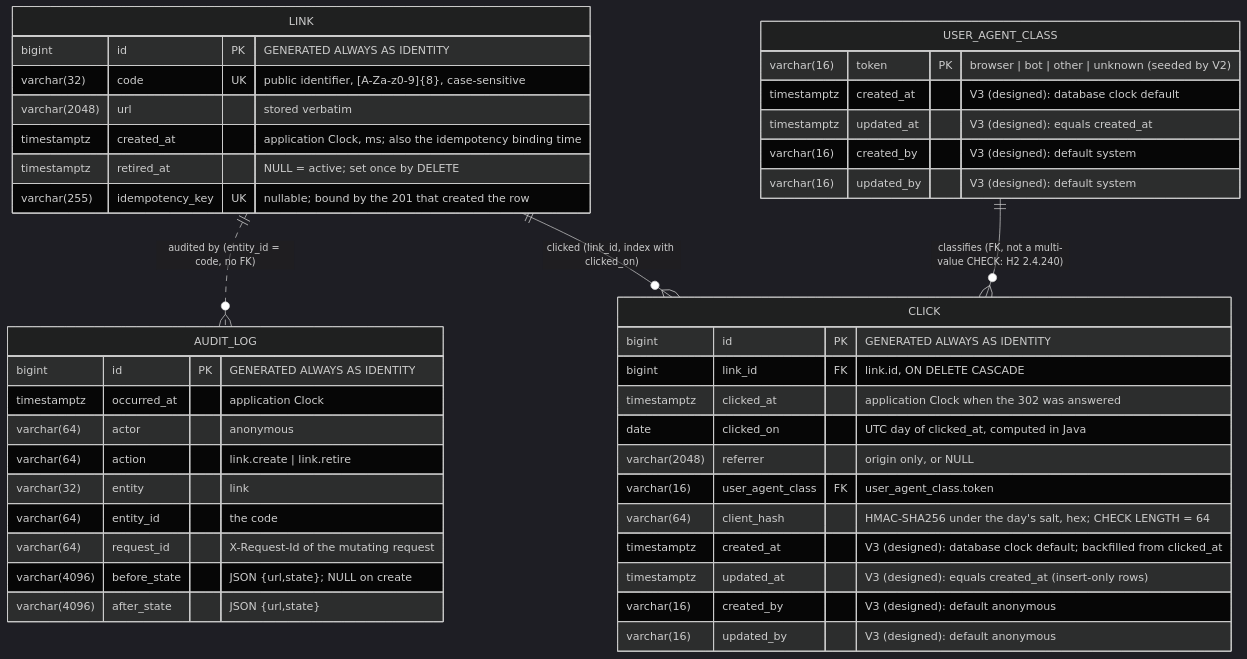
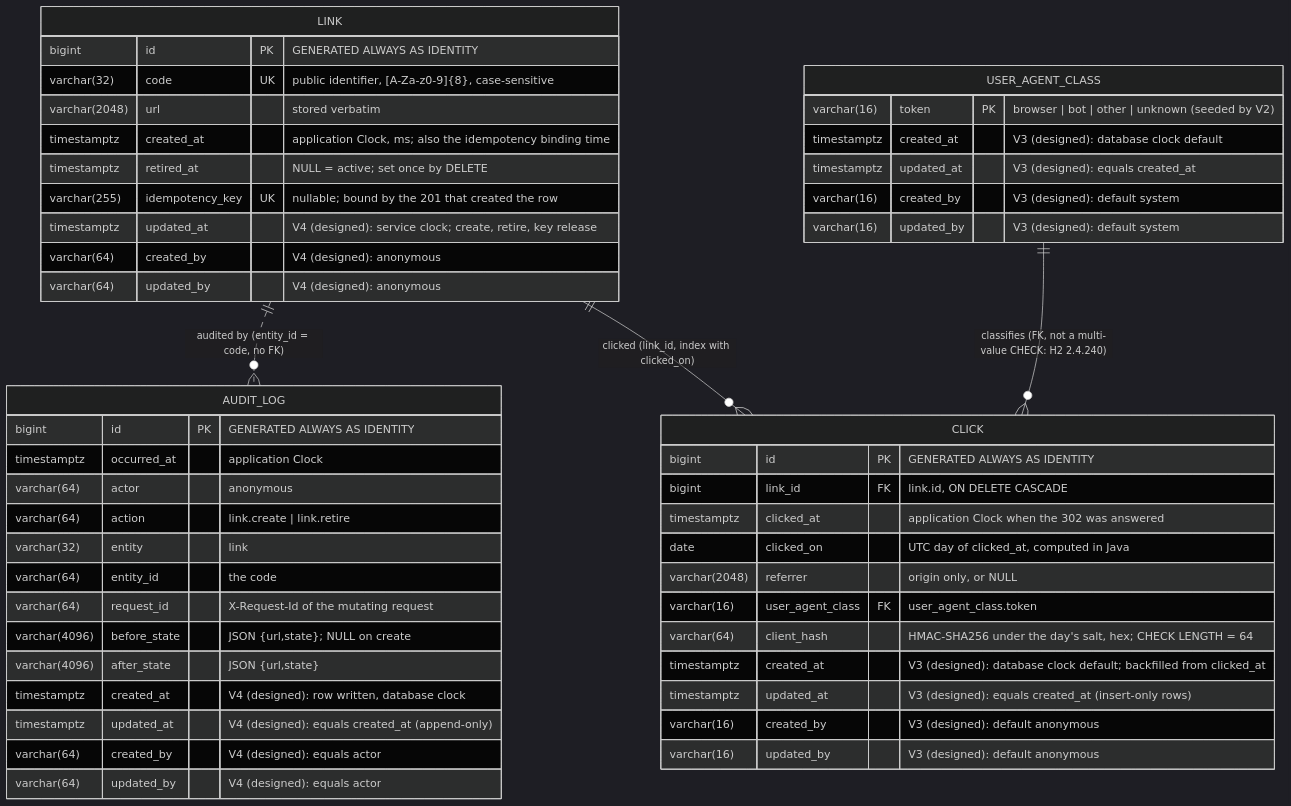
One commit to aurbanow1/url-shortener-agentic-sdlc changed the diagram in docs/diagrams/erd.mmd. Above: the diagram before and after it, drawn with Mermaid (dark theme). The commit also changed 3 other files, not shown here.

First line of the commit message:
docs(04-audit-columns): design of the link and audit_log audit columns

```diff
--- a/docs/diagrams/erd.mmd
+++ b/docs/diagrams/erd.mmd
@@ -1,46 +1,53 @@
-%% urlshort — entity relationship diagram (kept current by the Design Agent; last: 02-click-retention design, V3 audit columns, not yet merged)
+%% urlshort — entity relationship diagram (kept current by the Design Agent; last: 04-audit-columns design, V3 and V4 audit columns, not yet merged)
 %% No foreign key between link and audit_log by design: audit_log identifies its subject by (entity, entity_id = code)
 %% and must outlive any future deletion of the subject (ADR-0008). click references link by id and goes with it (ADR-0013).
 erDiagram
     LINK {
         bigint id PK "GENERATED ALWAYS AS IDENTITY"
         varchar(32) code UK "public identifier, [A-Za-z0-9]{8}, case-sensitive"
         varchar(2048) url "stored verbatim"
         timestamptz created_at "application Clock, ms; also the idempotency binding time"
         timestamptz retired_at "NULL = active; set once by DELETE"
         varchar(255) idempotency_key UK "nullable; bound by the 201 that created the row"
+        timestamptz updated_at "V4 (designed): service clock; create, retire, key release"
+        varchar(64) created_by "V4 (designed): anonymous"
+        varchar(64) updated_by "V4 (designed): anonymous"
     }
     AUDIT_LOG {
         bigint id PK "GENERATED ALWAYS AS IDENTITY"
         timestamptz occurred_at "application Clock"
         varchar(64) actor "anonymous"
         varchar(64) action "link.create | link.retire"
         varchar(32) entity "link"
         varchar(64) entity_id "the code"
         varchar(64) request_id "X-Request-Id of the mutating request"
         varchar(4096) before_state "JSON {url,state}; NULL on create"
         varchar(4096) after_state "JSON {url,state}"
+        timestamptz created_at "V4 (designed): row written, database clock"
+        timestamptz updated_at "V4 (designed): equals created_at (append-only)"
+        varchar(64) created_by "V4 (designed): equals actor"
+        varchar(64) updated_by "V4 (designed): equals actor"
     }
     CLICK {
         bigint id PK "GENERATED ALWAYS AS IDENTITY"
         bigint link_id FK "link.id, ON DELETE CASCADE"
         timestamptz clicked_at "application Clock when the 302 was answered"
         date clicked_on "UTC day of clicked_at, computed in Java"
         varchar(2048) referrer "origin only, or NULL"
         varchar(16) user_agent_class FK "user_agent_class.token"
         varchar(64) client_hash "HMAC-SHA256 under the day's salt, hex; CHECK LENGTH = 64"
         timestamptz created_at "V3 (designed): database clock default; backfilled from clicked_at"
         timestamptz updated_at "V3 (designed): equals created_at (insert-only rows)"
         varchar(16) created_by "V3 (designed): default anonymous"
         varchar(16) updated_by "V3 (designed): default anonymous"
     }
     USER_AGENT_CLASS {
         varchar(16) token PK "browser | bot | other | unknown (seeded by V2)"
         timestamptz created_at "V3 (designed): database clock default"
         timestamptz updated_at "V3 (designed): equals created_at"
         varchar(16) created_by "V3 (designed): default system"
         varchar(16) updated_by "V3 (designed): default system"
     }
     LINK ||..o{ AUDIT_LOG : "audited by (entity_id = code, no FK)"
     LINK ||--o{ CLICK : "clicked (link_id, index with clicked_on)"
     USER_AGENT_CLASS ||--o{ CLICK : "classifies (FK, not a multi-value CHECK: H2 2.4.240)"
```
